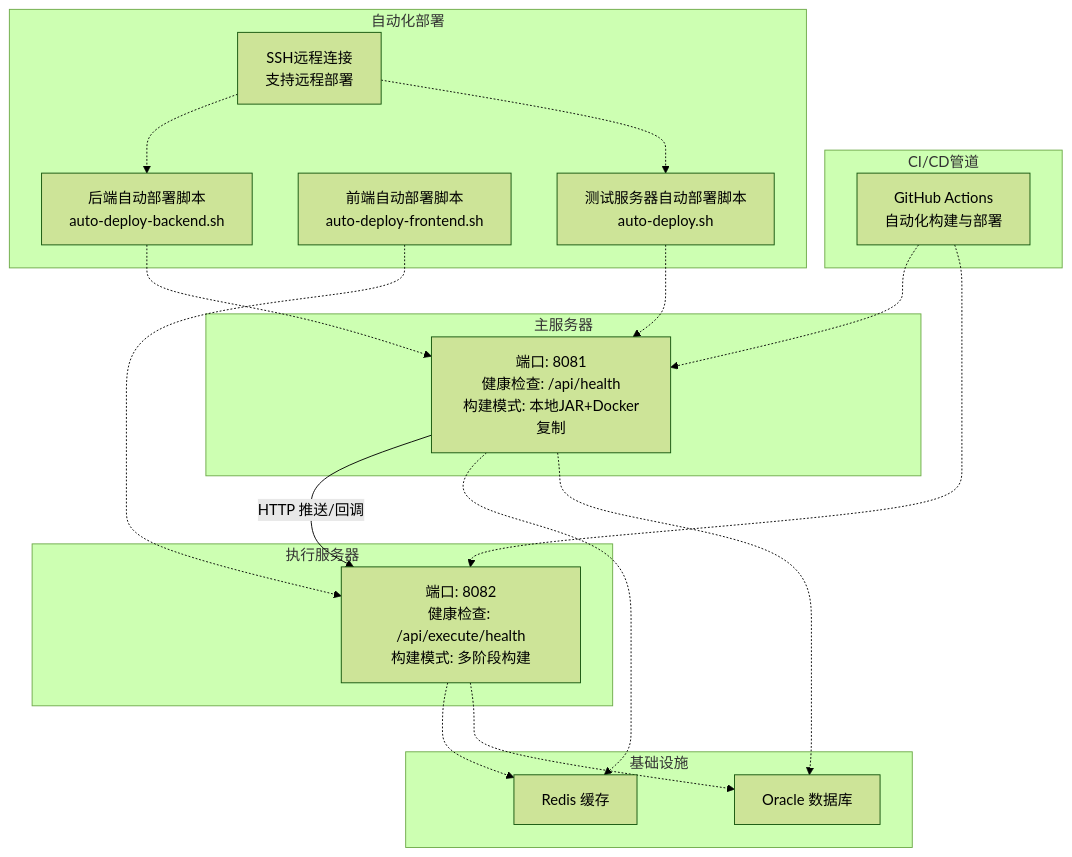
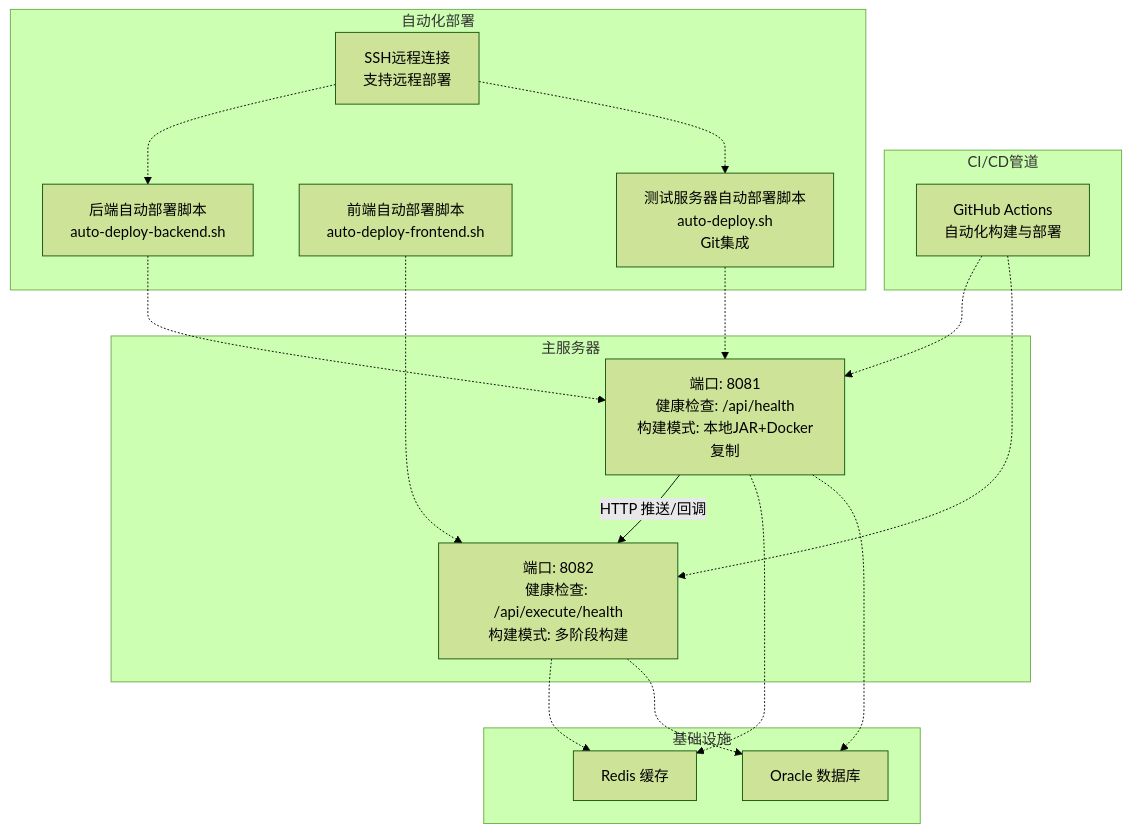
One commit to liuzh2008/med_ai_assistant_workspace changed the second of 9 diagrams in .qoder/repowiki/zh/content/部署指南/Docker容器化部署.md. Above: the diagram before and after it, drawn with Mermaid (forest theme). The commit also changed other lines of this file and 9 other files, not shown here.

````diff
--- a/.qoder/repowiki/zh/content/部署指南/Docker容器化部署.md
+++ b/.qoder/repowiki/zh/content/部署指南/Docker容器化部署.md
@@ -124,34 +130,32 @@
 ```mermaid
 graph TB
 subgraph "主服务器"
 M["端口: 8081<br/>健康检查: /api/health<br/>构建模式: 本地JAR+Docker复制"]
-end
-subgraph "执行服务器"
 E["端口: 8082<br/>健康检查: /api/execute/health<br/>构建模式: 多阶段构建"]
 end
 subgraph "基础设施"
 R["Redis 缓存"]
 O["Oracle 数据库"]
 end
 subgraph "CI/CD管道"
 GHA["GitHub Actions<br/>自动化构建与部署"]
 end
 subgraph "自动化部署"
 ADB["后端自动部署脚本<br/>auto-deploy-backend.sh"]
 ADF["前端自动部署脚本<br/>auto-deploy-frontend.sh"]
-ATS["测试服务器自动部署脚本<br/>auto-deploy.sh"]
+ATS["测试服务器自动部署脚本<br/>auto-deploy.sh<br/>Git集成"]
 SSH["SSH远程连接<br/>支持远程部署"]
 end
 M -- "HTTP 推送/回调" --> E
 M -.-> R
 E -.-> R
 M -.-> O
 E -.-> O
 GHA -.-> M
 GHA -.-> E
 ADB -.-> M
 ADF -.-> E
 ATS -.-> M
 SSH -.-> ADB
 SSH -.-> ATS
 ```
````
